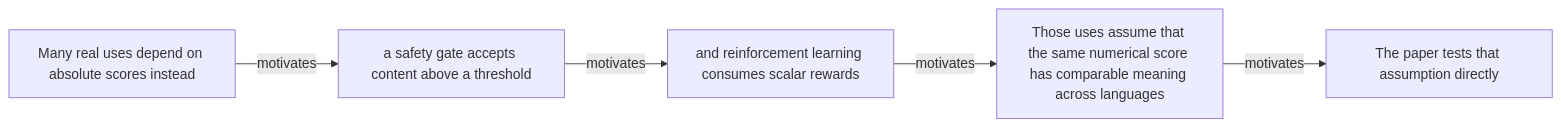
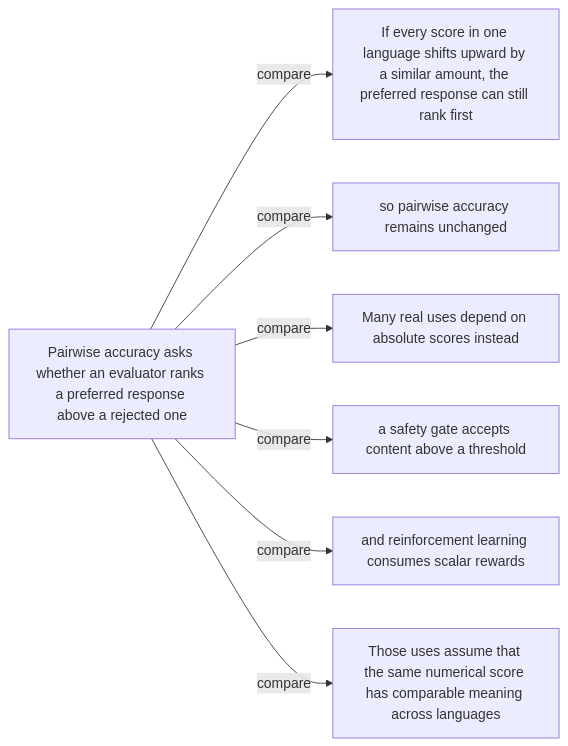
The sixth of 48 diagrams in docs/visual-manifests/VISUAL_MANIFEST_LLM_EVALUATORS_LANGUAGES.md (Betancourt1/paper_atlas), drawn with Mermaid before and after one commit. The commit also changed other lines of this file and 7 other files, not shown here.

````diff
--- a/docs/visual-manifests/VISUAL_MANIFEST_LLM_EVALUATORS_LANGUAGES.md
+++ b/docs/visual-manifests/VISUAL_MANIFEST_LLM_EVALUATORS_LANGUAGES.md
@@ -297,12 +449,16 @@
 ```mermaid
 flowchart LR
-  n1["Many real uses depend on absolute scores instead"]
-  n2["a safety gate accepts content above a threshold"]
-  n3["and reinforcement learning consumes scalar rewards"]
-  n4["Those uses assume that the same numerical score has comparable meaning across languages"]
-  n5["The paper tests that assumption directly"]
-  n1 -->|"motivates"| n2
-  n2 -->|"motivates"| n3
-  n3 -->|"motivates"| n4
-  n4 -->|"motivates"| n5
+  n1["Pairwise accuracy asks whether an evaluator ranks a preferred response above a rejected one"]
+  n2["If every score in one language shifts upward by a similar amount, the preferred response can still rank first"]
+  n3["so pairwise accuracy remains unchanged"]
+  n4["Many real uses depend on absolute scores instead"]
+  n5["a safety gate accepts content above a threshold"]
+  n6["and reinforcement learning consumes scalar rewards"]
+  n7["Those uses assume that the same numerical score has comparable meaning across languages"]
+  n1 -->|"compare"| n2
+  n1 -->|"compare"| n3
+  n1 -->|"compare"| n4
+  n1 -->|"compare"| n5
+  n1 -->|"compare"| n6
+  n1 -->|"compare"| n7
 ```
````
